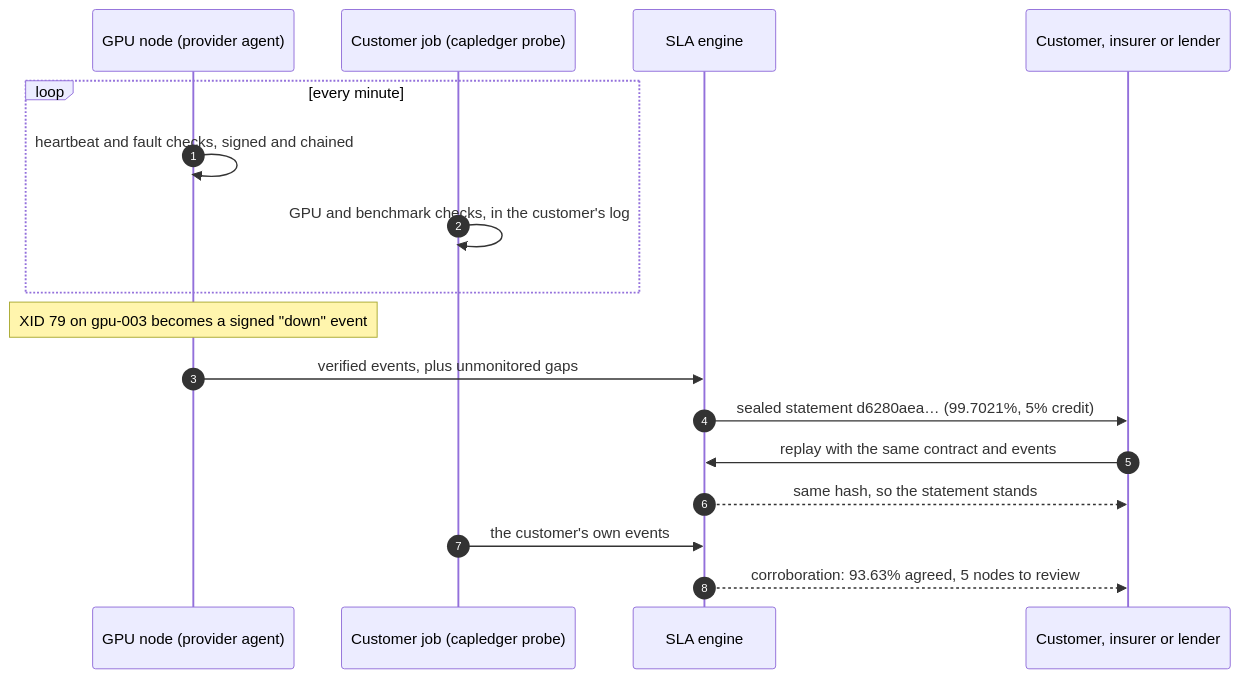
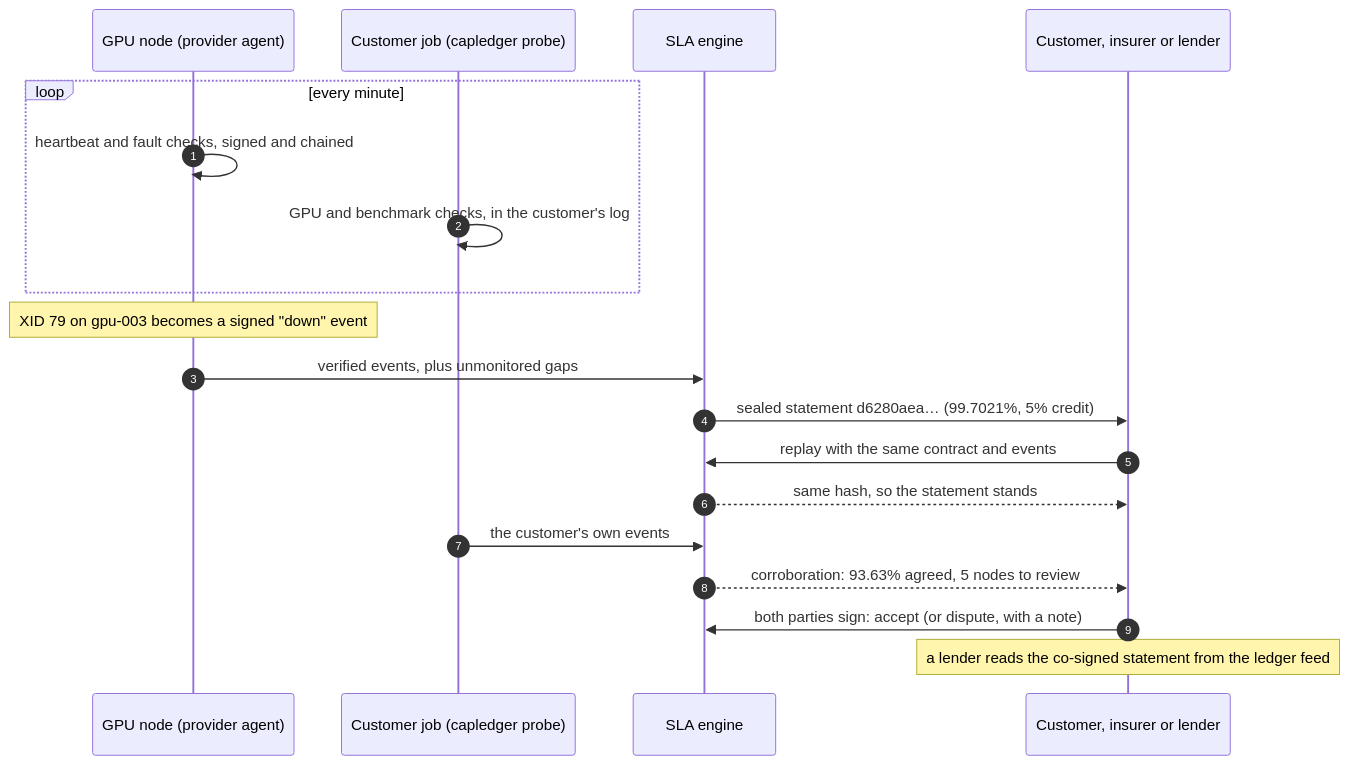
Before and after one commit to Sievehouse/gpu-sentinel: the second of 6 diagrams in README.md, drawn with Mermaid. The commit also changed other lines of this file, not shown here.

````diff
--- a/README.md
+++ b/README.md
@@ -69,19 +73,21 @@
 ```mermaid
 sequenceDiagram
   autonumber
   participant N as GPU node (provider agent)
   participant Pr as Customer job (capledger probe)
   participant E as SLA engine
   participant C as Customer, insurer or lender
   loop every minute
     N->>N: heartbeat and fault checks, signed and chained
     Pr->>Pr: GPU and benchmark checks, in the customer's log
   end
   Note over N: XID 79 on gpu-003 becomes a signed "down" event
   N->>E: verified events, plus unmonitored gaps
   E->>C: sealed statement d6280aea… (99.7021%, 5% credit)
   C->>E: replay with the same contract and events
   E-->>C: same hash, so the statement stands
   Pr->>E: the customer's own events
   E-->>C: corroboration: 93.63% agreed, 5 nodes to review
+  C->>E: both parties sign: accept (or dispute, with a note)
+  Note over C: a lender reads the co-signed statement from the ledger feed
 ```
````
